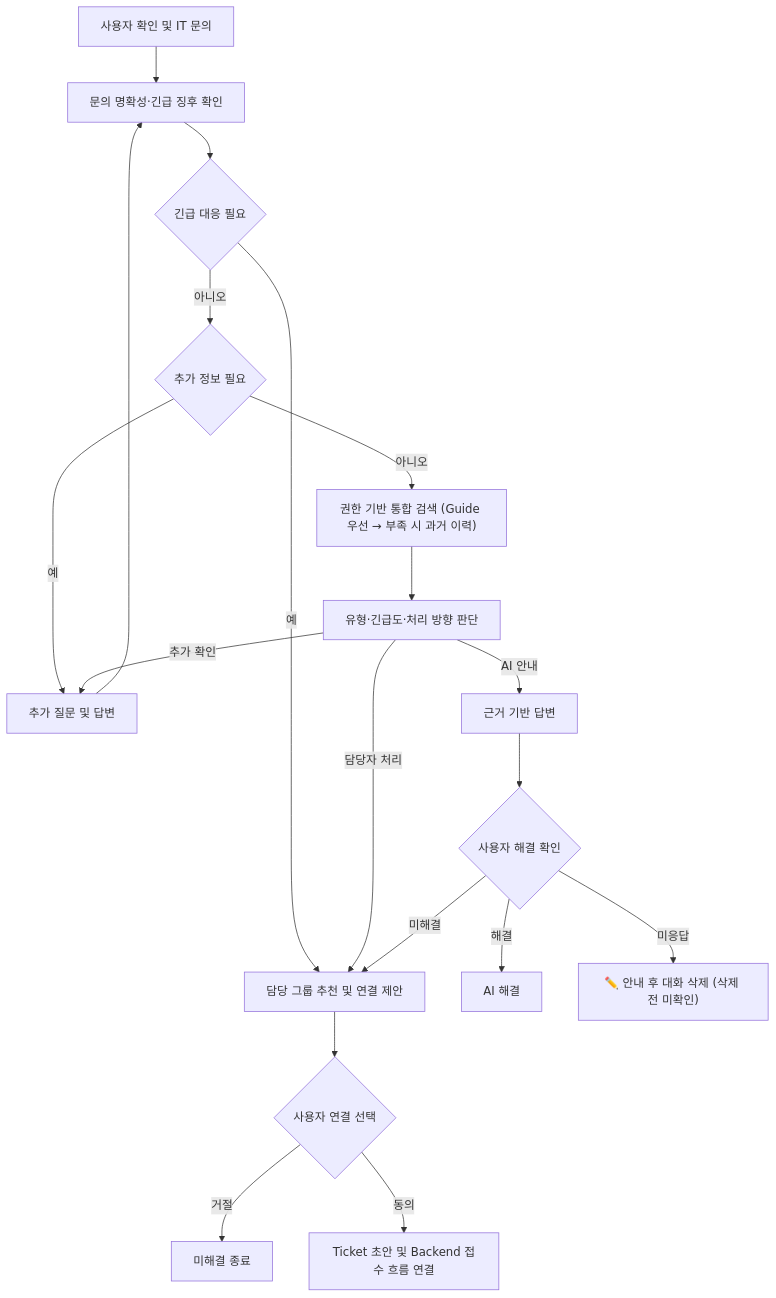
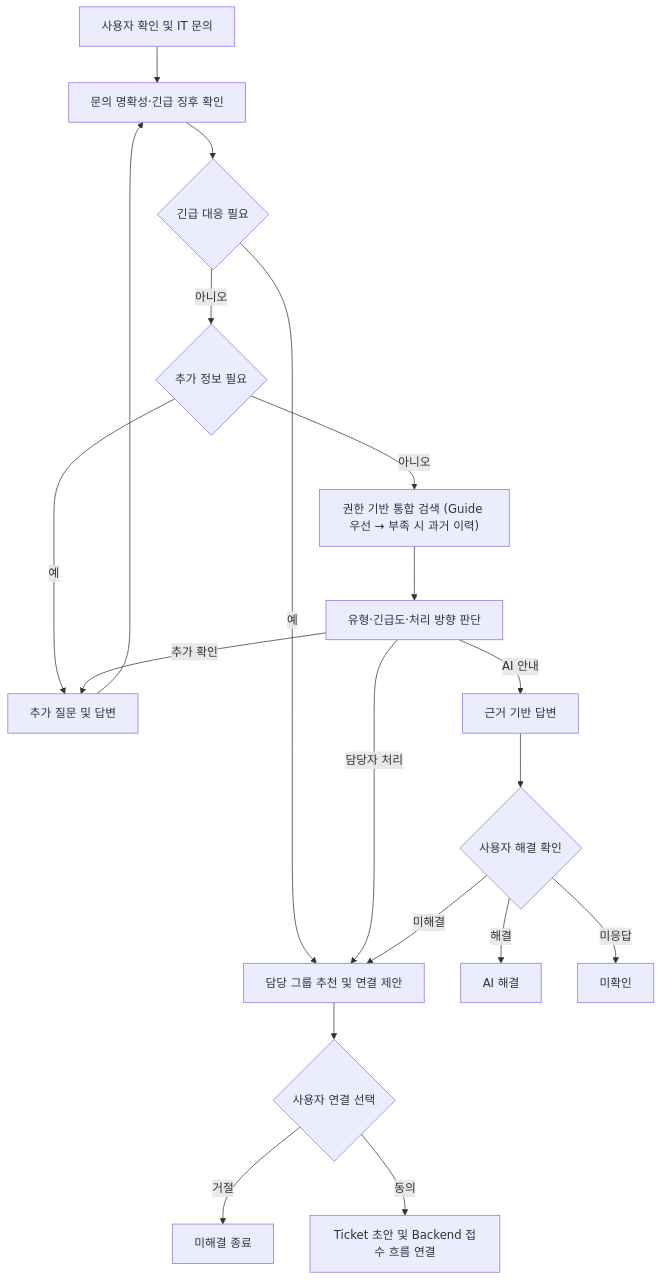
Before and after one commit to issue-helpdesk/issue-helpdesk: the second of 5 diagrams in docs/04.시스템_설계서.md, drawn with Mermaid. The commit also changed other lines of this file and 158 other files, not shown here.

````diff
--- a/docs/04.시스템_설계서.md
+++ b/docs/04.시스템_설계서.md
@@ -275,25 +275,25 @@
 ```mermaid
 flowchart TD
     A["사용자 확인 및 IT 문의"] --> B["문의 명확성·긴급 징후 확인"]
     B --> C{"긴급 대응 필요"}
 
     C -- 예 --> H["담당 그룹 추천 및 연결 제안"]
     C -- 아니오 --> D{"추가 정보 필요"}
     D -- 예 --> E["추가 질문 및 답변"]
     E --> B
     D -- 아니오 --> F["권한 기반 통합 검색 (Guide 우선 → 부족 시 과거 이력)"]
     F --> G["유형·긴급도·처리 방향 판단"]
 
     G -- 추가 확인 --> E
     G -- AI 안내 --> I["근거 기반 답변"]
     G -- 담당자 처리 --> H
 
     I --> J{"사용자 해결 확인"}
     J -- 해결 --> K["AI 해결"]
     J -- 미해결 --> H
-    J -- 미응답 --> L["✏️ 안내 후 대화 삭제 (삭제 전 미확인)"]
+    J -- 미응답 --> L["미확인"]
 
     H --> M{"사용자 연결 선택"}
     M -- 거절 --> N["미해결 종료"]
     M -- 동의 --> O["Ticket 초안 및 Backend 접수 흐름 연결"]
 ```
````
